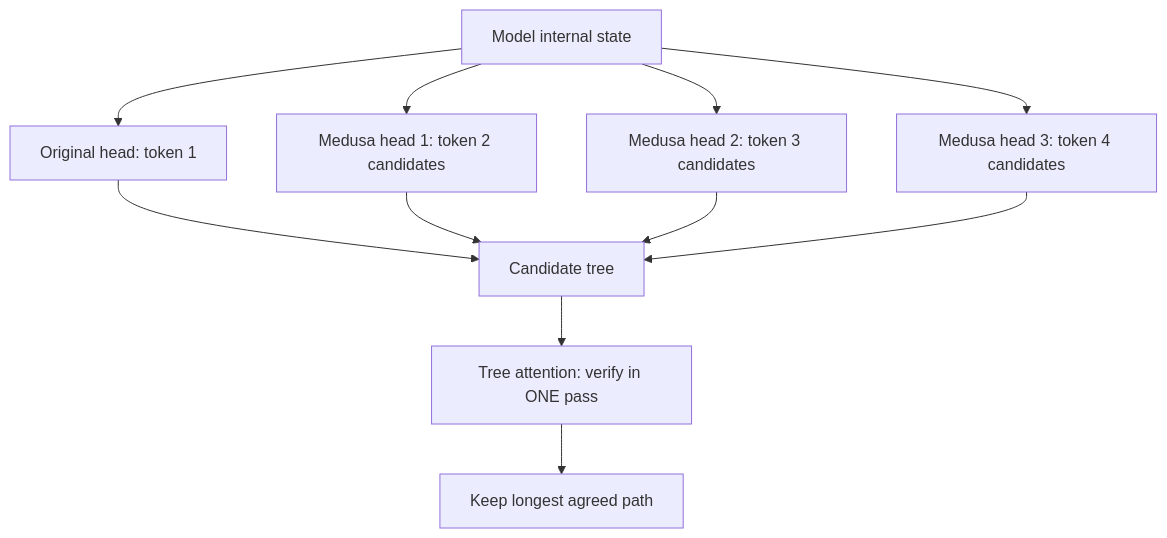
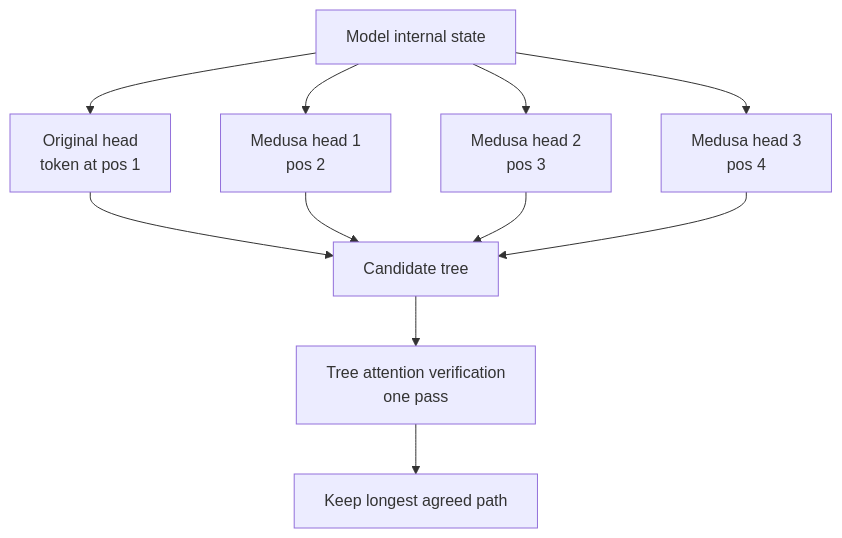
Before and after one commit to kaisarnajar/outcome-school-blogs: the diagram in notes/step-12-llm-inference-engineering/156-decoding-medusa.md, drawn with Mermaid. The commit also changed other lines of this file and 233 other files, not shown here.

````diff
--- a/notes/step-12-llm-inference-engineering/156-decoding-medusa.md
+++ b/notes/step-12-llm-inference-engineering/156-decoding-medusa.md
@@ -38,13 +23,13 @@
 ```mermaid
 flowchart TD
-    S["Model internal state"] --> O["Original head: token 1"]
-    S --> H1["Medusa head 1: token 2 candidates"]
-    S --> H2["Medusa head 2: token 3 candidates"]
-    S --> H3["Medusa head 3: token 4 candidates"]
-    O --> T["Candidate tree"]
-    H1 --> T
-    H2 --> T
-    H3 --> T
-    T --> V["Tree attention: verify in ONE pass"]
-    V --> K["Keep longest agreed path"]
+    S1["Model internal state"] --> H0["Original head<br/>token at pos 1"]
+    S1 --> H1["Medusa head 1<br/>pos 2"]
+    S1 --> H2["Medusa head 2<br/>pos 3"]
+    S1 --> H3["Medusa head 3<br/>pos 4"]
+    H0 --> T1["Candidate tree"]
+    H1 --> T1
+    H2 --> T1
+    H3 --> T1
+    T1 --> V1["Tree attention verification<br/>one pass"]
+    V1 --> K1["Keep longest agreed path"]
 ```
````
